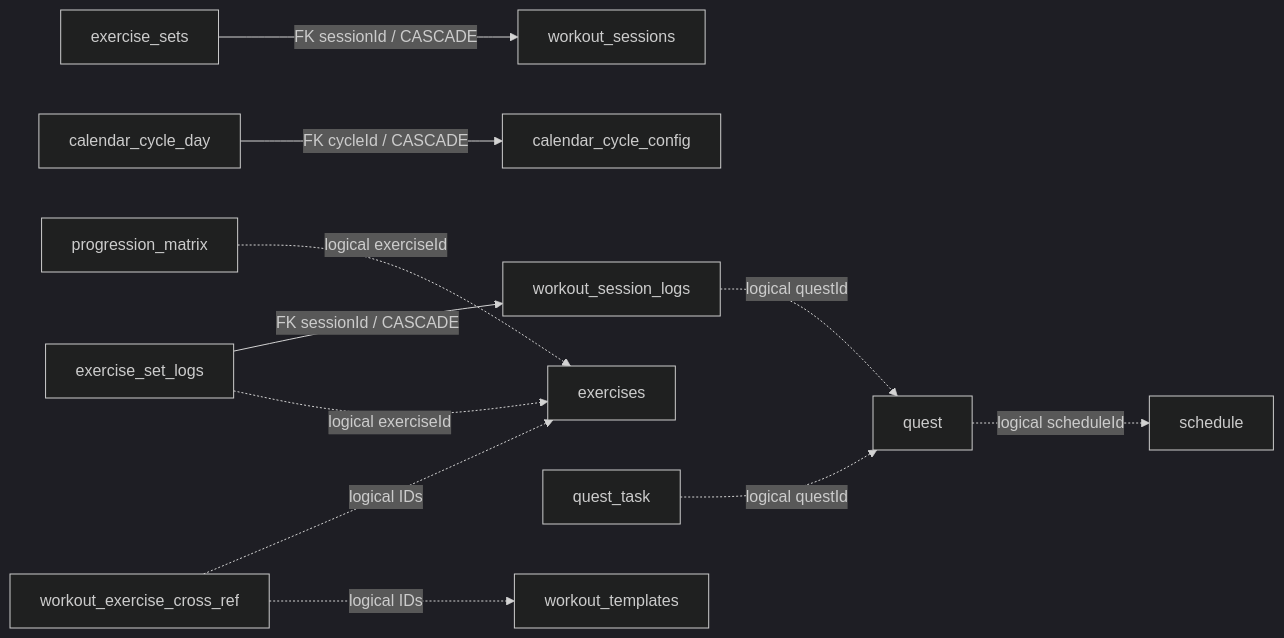
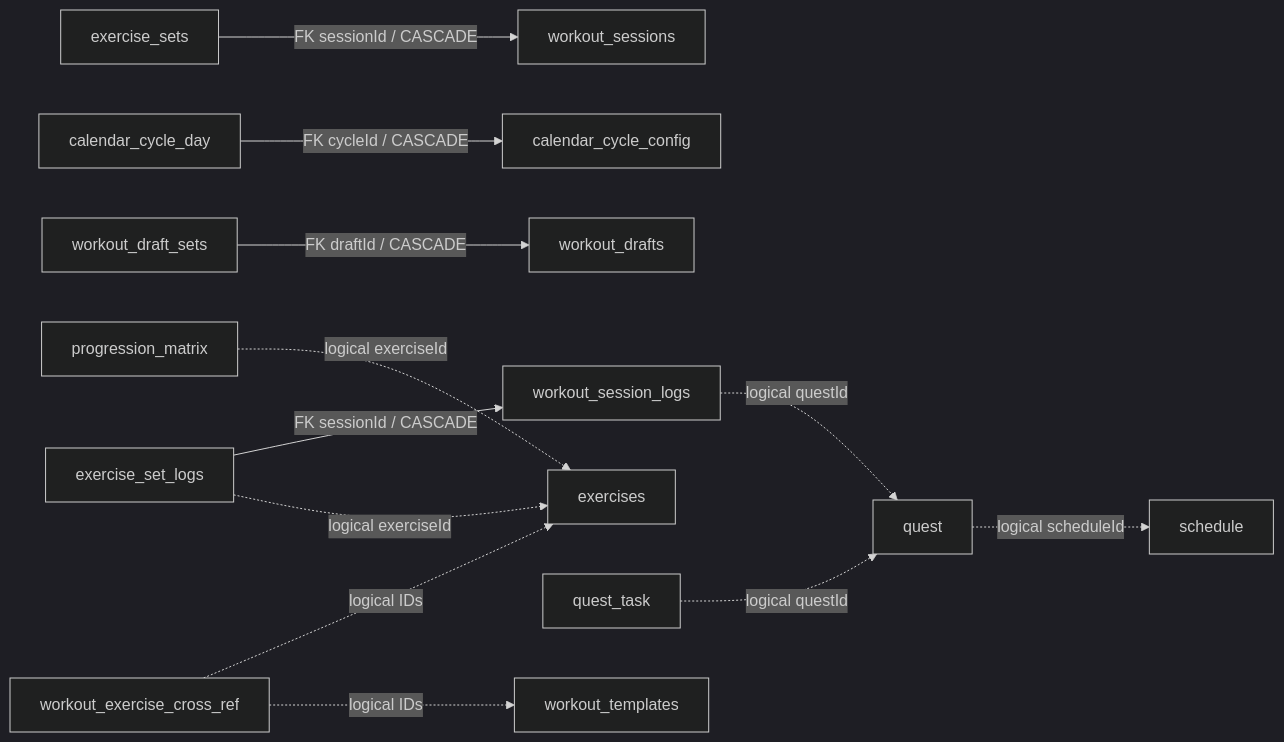
Before and after one commit to IhorBuhaichuk/TheSystemApp: the second of 4 diagrams in docs/architecture/FEATURE_MAP.md, drawn with Mermaid (dark theme). The commit also changed other lines of this file and 428 other files, not shown here.

````diff
--- a/docs/architecture/FEATURE_MAP.md
+++ b/docs/architecture/FEATURE_MAP.md
@@ -91,13 +101,14 @@
 ```mermaid
 flowchart LR
   ES["exercise_sets"] -->|"FK sessionId / CASCADE"| WS["workout_sessions"]
   ESL["exercise_set_logs"] -->|"FK sessionId / CASCADE"| WSL["workout_session_logs"]
   CCD["calendar_cycle_day"] -->|"FK cycleId / CASCADE"| CCC["calendar_cycle_config"]
+  WDS["workout_draft_sets"] -->|"FK draftId / CASCADE"| WD["workout_drafts"]
   ESL -. "logical exerciseId" .-> EX["exercises"]
   PM["progression_matrix"] -. "logical exerciseId" .-> EX
   QT["quest_task"] -. "logical questId" .-> Q["quest"]
   WSL -. "logical questId" .-> Q
   Q -. "logical scheduleId" .-> SC["schedule"]
   CROSS["workout_exercise_cross_ref"] -. "logical IDs" .-> EX
   CROSS -. "logical IDs" .-> WT["workout_templates"]
 ```
````
